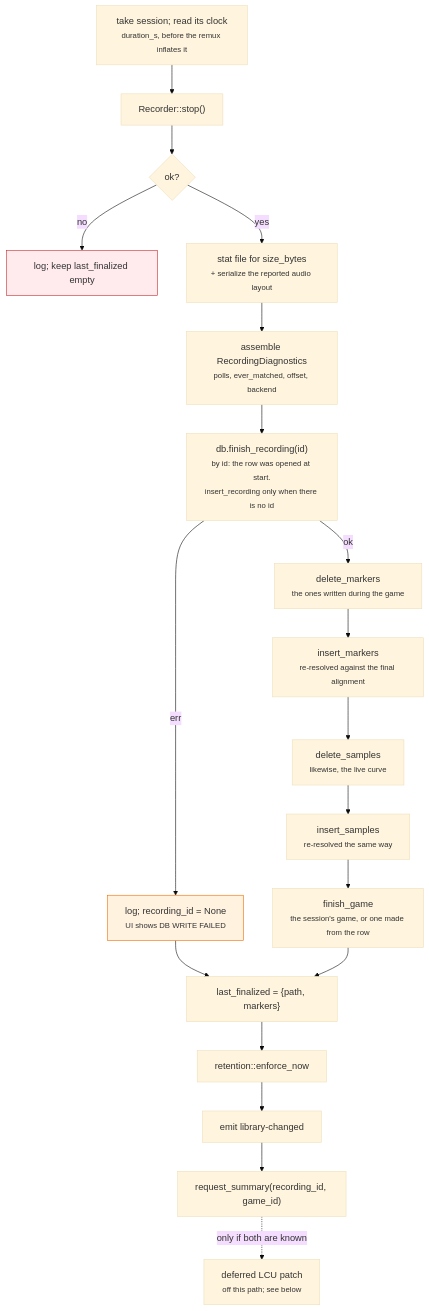
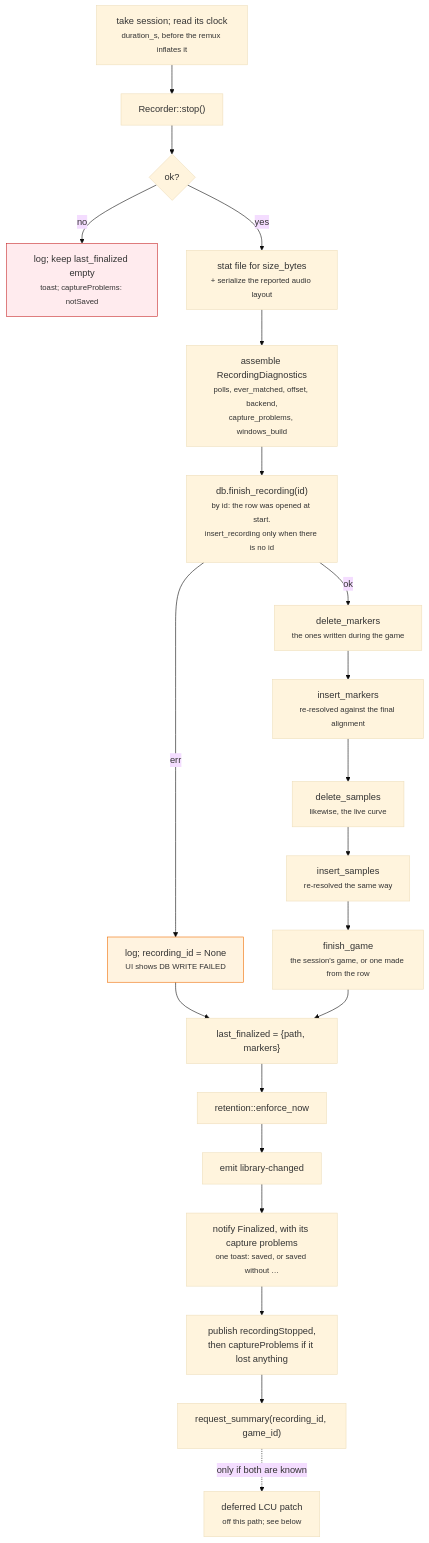
Before and after one commit to NinjaGoldfinch/ninja-recorder: the fifth of 8 diagrams in docs/recording-pipeline.md, drawn with Mermaid (base theme). The commit also changed other lines of this file and 42 other files, not shown here.

````diff
--- a/docs/recording-pipeline.md
+++ b/docs/recording-pipeline.md
@@ -538,23 +538,25 @@
 ```mermaid
 flowchart TB
     S["take session; read its clock<br/><small>duration_s, before the remux inflates it</small>"] --> A["Recorder::stop()"]
     A --> B{"ok?"}
-    B -->|"no"| Z["log; keep last_finalized empty"]
+    B -->|"no"| Z["log; keep last_finalized empty<br/><small>toast; captureProblems: notSaved</small>"]
     B -->|"yes"| C["stat file for size_bytes<br/><small>+ serialize the reported audio layout</small>"]
-    C --> D2["assemble RecordingDiagnostics<br/><small>polls, ever_matched, offset, backend</small>"]
+    C --> D2["assemble RecordingDiagnostics<br/><small>polls, ever_matched, offset, backend,<br/>capture_problems, windows_build</small>"]
     D2 --> D["db.finish_recording(id)<br/><small>by id: the row was opened at start.<br/>insert_recording only when there is no id</small>"]
     D -->|"err"| E["log; recording_id = None<br/><small>UI shows DB WRITE FAILED</small>"]
     D -->|"ok"| F0["delete_markers<br/><small>the ones written during the game</small>"]
     F0 --> F["insert_markers<br/><small>re-resolved against the final alignment</small>"]
     F --> F1["delete_samples<br/><small>likewise, the live curve</small>"]
     F1 --> G["insert_samples<br/><small>re-resolved the same way</small>"]
     G --> G2["finish_game<br/><small>the session's game, or one made from the row</small>"]
     E --> H
     G2 --> H["last_finalized = {path, markers}"]
     H --> I["retention::enforce_now"]
     I --> J["emit library-changed"]
-    J --> K["request_summary(recording_id, game_id)"]
+    J --> J2["notify Finalized, with its capture problems<br/><small>one toast: saved, or saved without …</small>"]
+    J2 --> J3["publish recordingStopped,<br/>then captureProblems if it lost anything"]
+    J3 --> K["request_summary(recording_id, game_id)"]
     K -.->|"only if both are known"| L["deferred LCU patch<br/><small>off this path; see below</small>"]
     style Z fill:#ffebee,stroke:#c62828
     style E fill:#fff3e0,stroke:#ef6c00
 ```
````
